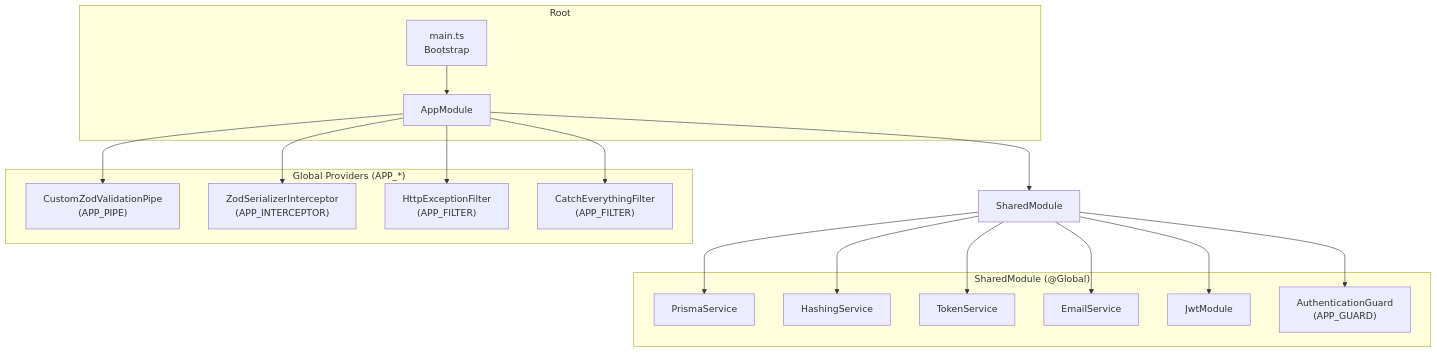
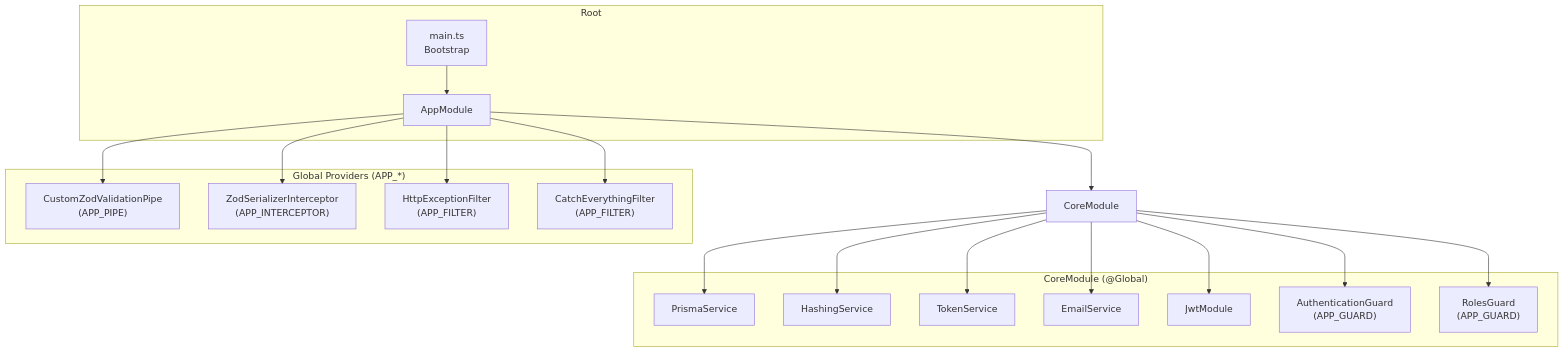
Before and after one commit to WDP301-SU26-GR2/BE-dev: the first of 3 diagrams in ARCHITECTURE.md, drawn with Mermaid. The commit also changed other lines of this file and 45 other files, not shown here.

Commit message:
efactor architecture src code

````diff
--- a/ARCHITECTURE.md
+++ b/ARCHITECTURE.md
@@ -88,36 +75,38 @@
 ```mermaid
 graph TD
     subgraph "Root"
         MAIN["main.ts<br/>Bootstrap"]
         APP_MOD["AppModule"]
     end
 
     subgraph "Global Providers (APP_*)"
         PIPE["CustomZodValidationPipe<br/>(APP_PIPE)"]
         INTERCEPTOR["ZodSerializerInterceptor<br/>(APP_INTERCEPTOR)"]
         FILTER_HTTP["HttpExceptionFilter<br/>(APP_FILTER)"]
         FILTER_ALL["CatchEverythingFilter<br/>(APP_FILTER)"]
     end
 
-    subgraph "SharedModule (@Global)"
+    subgraph "CoreModule (@Global)"
         PRISMA["PrismaService"]
         HASHING["HashingService"]
         TOKEN["TokenService"]
         EMAIL["EmailService"]
         JWT_MOD["JwtModule"]
         AUTH_GUARD["AuthenticationGuard<br/>(APP_GUARD)"]
+        ROLES_GUARD["RolesGuard<br/>(APP_GUARD)"]
     end
 
     MAIN --> APP_MOD
     APP_MOD --> PIPE
     APP_MOD --> INTERCEPTOR
     APP_MOD --> FILTER_HTTP
     APP_MOD --> FILTER_ALL
-    APP_MOD --> SharedModule
-    SharedModule --> PRISMA
-    SharedModule --> HASHING
-    SharedModule --> TOKEN
-    SharedModule --> EMAIL
-    SharedModule --> JWT_MOD
-    SharedModule --> AUTH_GUARD
+    APP_MOD --> CoreModule
+    CoreModule --> PRISMA
+    CoreModule --> HASHING
+    CoreModule --> TOKEN
+    CoreModule --> EMAIL
+    CoreModule --> JWT_MOD
+    CoreModule --> AUTH_GUARD
+    CoreModule --> ROLES_GUARD
 ```
````
